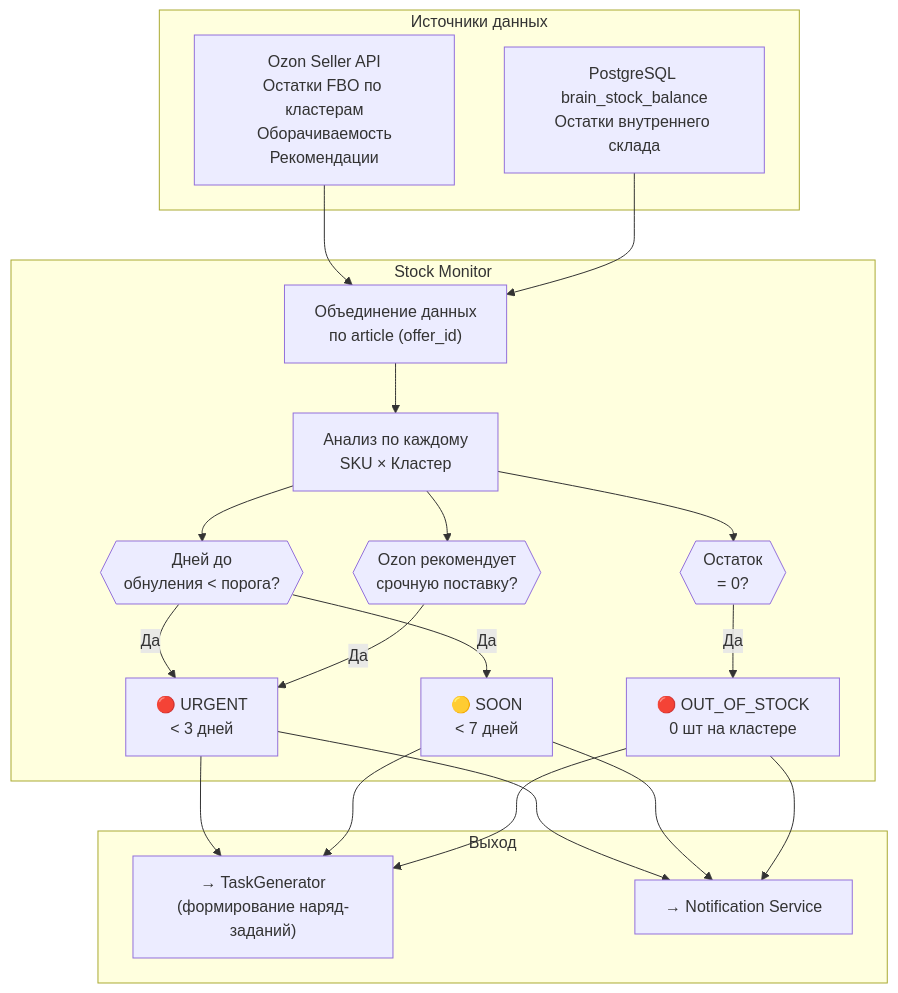
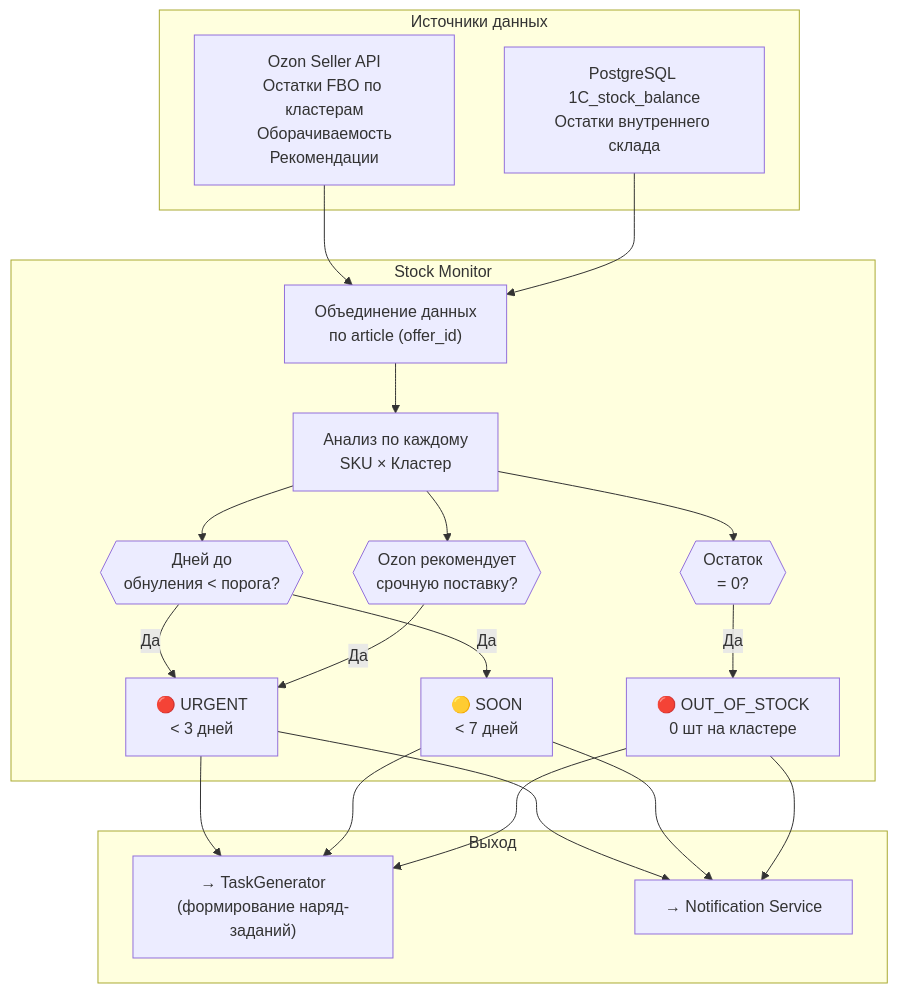
Before and after one commit to Sign25/Docs: the first of 3 diagrams in logistic/adolf_logistic_3_stock_monitor.md, drawn with Mermaid. The commit also changed other lines of this file, not shown here.

Commit message:
refactor(logistic): rename brain_* -> 1C_*, update A1 links to 1cexport

````diff
--- a/logistic/adolf_logistic_3_stock_monitor.md
+++ b/logistic/adolf_logistic_3_stock_monitor.md
@@ -28,37 +28,37 @@
 ```mermaid
 flowchart TD
     subgraph SOURCES["Источники данных"]
         OZON["Ozon Seller API<br/>Остатки FBO по кластерам<br/>Оборачиваемость<br/>Рекомендации"]
-        ONE_C["PostgreSQL brain_stock_balance<br/>Остатки внутреннего склада"]
+        ONE_C["PostgreSQL 1C_stock_balance<br/>Остатки внутреннего склада"]
     end
     
     subgraph MONITOR["Stock Monitor"]
         MERGE["Объединение данных<br/>по article (offer_id)"]
         ANALYZE["Анализ по каждому<br/>SKU × Кластер"]
         
         CHECK_DAYS{{"Дней до<br/>обнуления < порога?"}}
         CHECK_OZON{{"Ozon рекомендует<br/>срочную поставку?"}}
         CHECK_ZERO{{"Остаток<br/>= 0?"}}
         
         ALERT_URGENT["🔴 URGENT<br/>< 3 дней"]
         ALERT_SOON["🟡 SOON<br/>< 7 дней"]
         ALERT_OOS["🔴 OUT_OF_STOCK<br/>0 шт на кластере"]
     end
     
     subgraph OUTPUT["Выход"]
         SUPPLY_TASKS["→ TaskGenerator<br/>(формирование наряд-заданий)"]
         NOTIFY["→ Notification Service"]
     end
     
     OZON --> MERGE
     ONE_C --> MERGE
     MERGE --> ANALYZE
     
     ANALYZE --> CHECK_DAYS & CHECK_OZON & CHECK_ZERO
     
     CHECK_DAYS -->|Да| ALERT_URGENT & ALERT_SOON
     CHECK_OZON -->|Да| ALERT_URGENT
     CHECK_ZERO -->|Да| ALERT_OOS
     
     ALERT_URGENT & ALERT_SOON & ALERT_OOS --> SUPPLY_TASKS & NOTIFY
 ```
````
